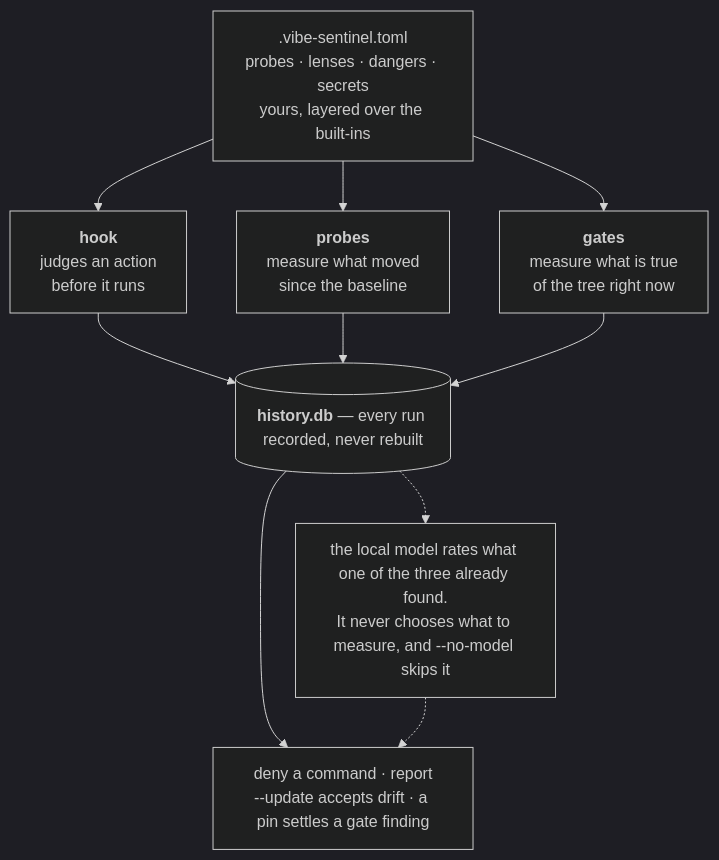
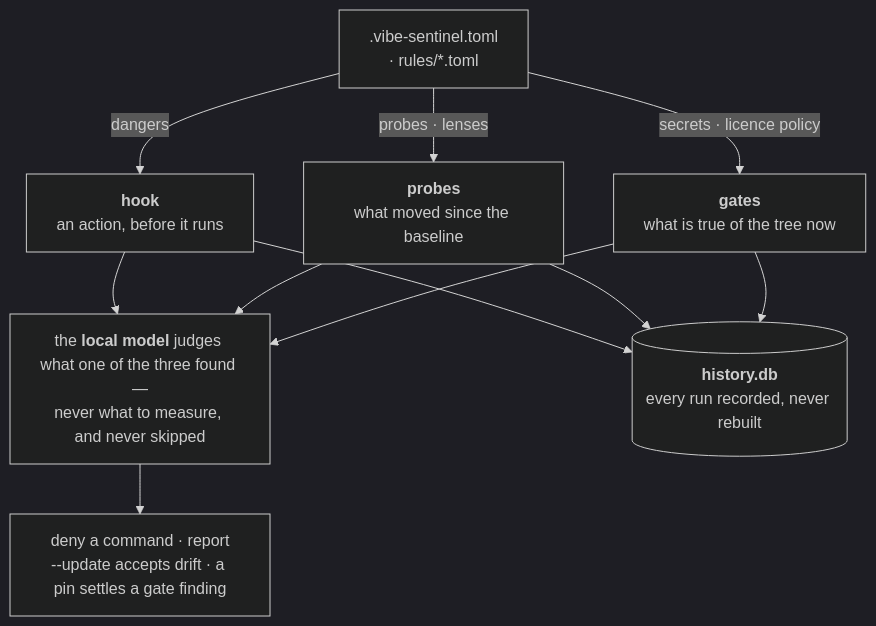
One commit to authentic-research-partners/vibe-sentinel changed the diagram in README.md. Above: the diagram before and after it, drawn with Mermaid (dark theme). The commit also changed other lines of this file and 96 other files, not shown here.

````diff
--- a/README.md
+++ b/README.md
@@ -65,14 +107,15 @@
 ```mermaid
 flowchart TB
-  CFG[".vibe-sentinel.toml<br/>probes · lenses · dangers · secrets<br/>yours, layered over the built-ins"]
-  H["<b>hook</b><br/>judges an action<br/>before it runs"]
-  P["<b>probes</b><br/>measure what moved<br/>since the baseline"]
-  G["<b>gates</b><br/>measure what is true<br/>of the tree right now"]
-  DB[("<b>history.db</b> — every run recorded, never rebuilt")]
-  M["the local model rates what one of the three already found.<br/>It never chooses what to measure, and --no-model skips it"]
+  CFG[".vibe-sentinel.toml<br/>· rules/*.toml"]
+  H["<b>hook</b><br/>an action, before it runs"]
+  P["<b>probes</b><br/>what moved since the baseline"]
+  G["<b>gates</b><br/>what is true of the tree now"]
+  M["the <b>local model</b> judges what one of the three found —<br/>never what to measure, and never skipped"]
+  DB[("<b>history.db</b><br/>every run recorded, never rebuilt")]
   OUT["deny a command · report<br/>--update accepts drift · a pin settles a gate finding"]
-  CFG --> H & P & G
+  CFG -- "dangers" --> H
+  CFG -- "probes · lenses" --> P
+  CFG -- "secrets · licence policy" --> G
+  H & P & G --> M --> OUT
   H & P & G --> DB
-  DB --> OUT
-  DB -.-> M -.-> OUT
 ```
````
